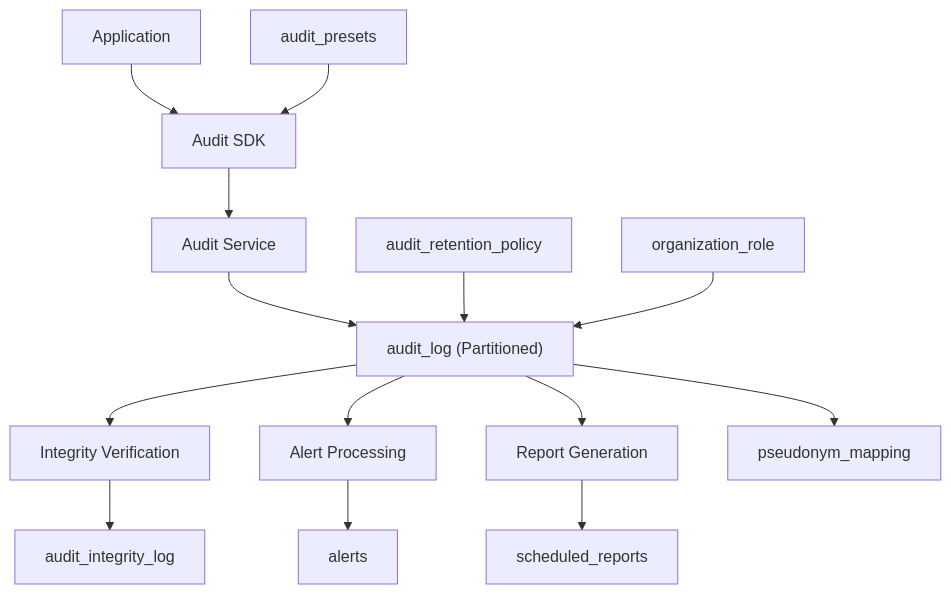
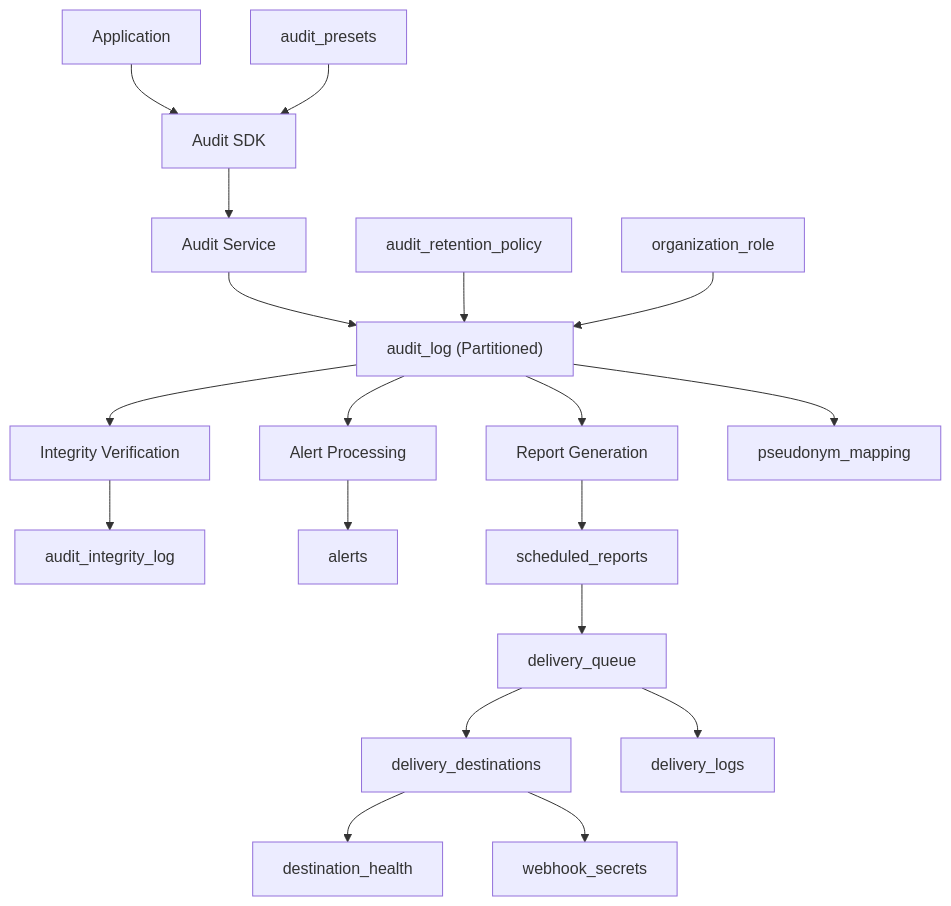
Before and after one commit to smedrec/smart-logs: the second of 12 diagrams in .qoder/repowiki/en/content/Audit Database/Database Schema.md, drawn with Mermaid. The commit also changed other lines of this file and 23 other files, not shown here.

````diff
--- a/.qoder/repowiki/en/content/Audit Database/Database Schema.md
+++ b/.qoder/repowiki/en/content/Audit Database/Database Schema.md
@@ -116,16 +126,21 @@
 ```mermaid
 graph TD
 A["Application"] --> B["Audit SDK"]
 B --> C["Audit Service"]
 C --> D["audit_log (Partitioned)"]
 D --> E["Integrity Verification"]
 D --> F["Alert Processing"]
 D --> G["Report Generation"]
 E --> H["audit_integrity_log"]
 F --> I["alerts"]
 G --> J["scheduled_reports"]
 K["audit_retention_policy"] --> D
 L["audit_presets"] --> B
 D --> M["pseudonym_mapping"]
 N["organization_role"] --> D
+J --> O["delivery_queue"]
+O --> P["delivery_destinations"]
+P --> Q["destination_health"]
+O --> R["delivery_logs"]
+P --> S["webhook_secrets"]
 ```
````
